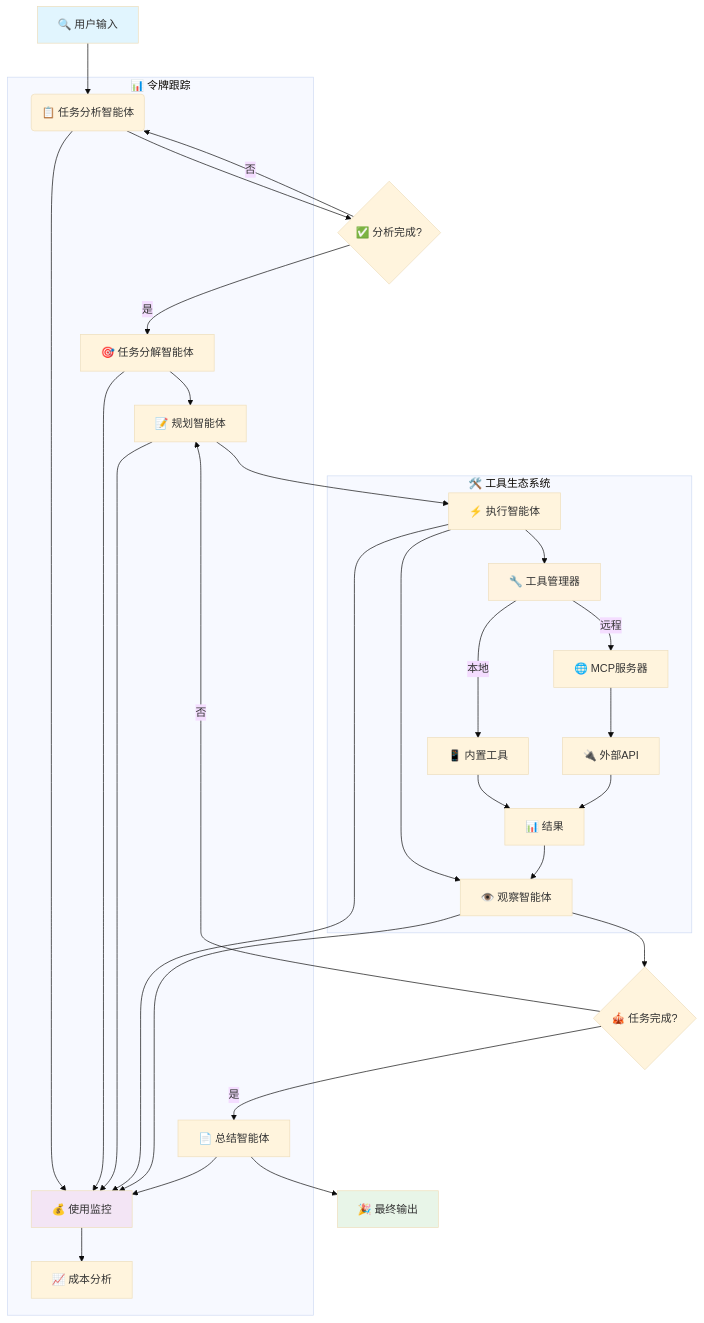
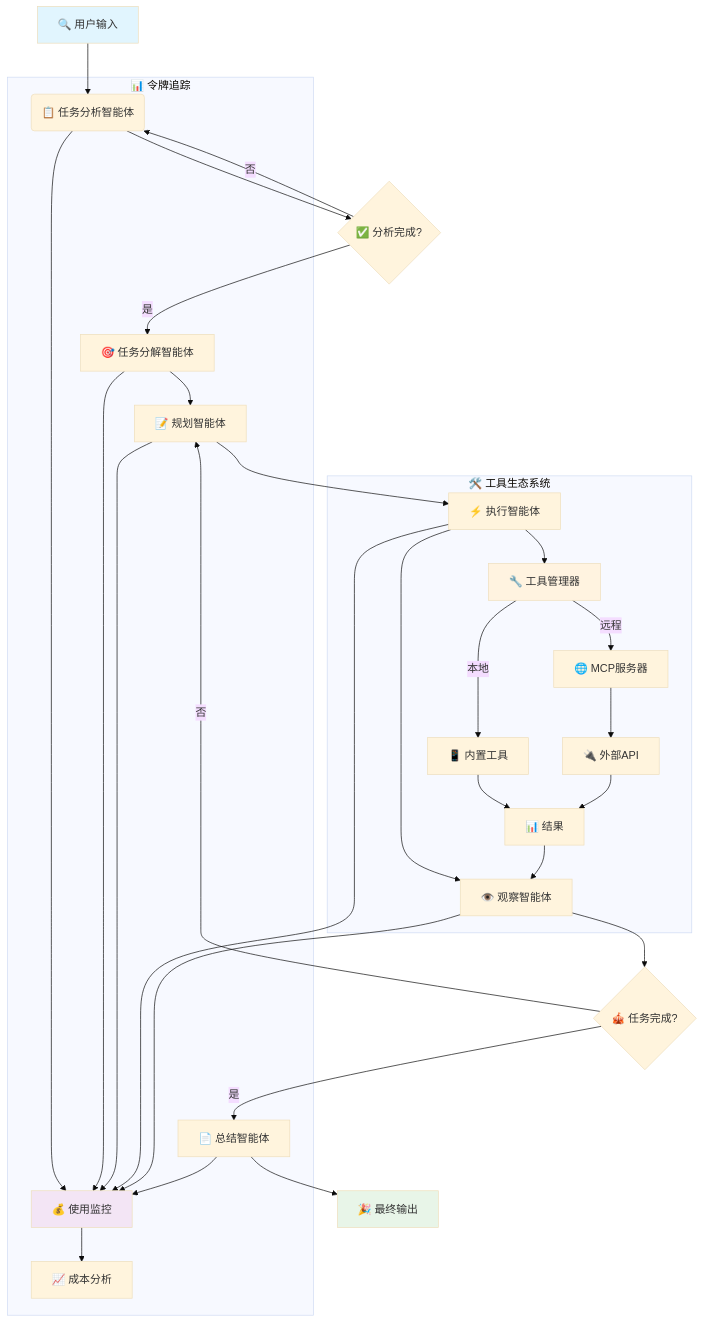
The diagram in README_CN.md (ZHangZHengEric/Sage), drawn with Mermaid (base theme) before and after one commit. The commit also changed other lines of this file and 1 other file, not shown here.

````diff
--- a/README_CN.md
+++ b/README_CN.md
@@ -52,39 +120,39 @@
 ```mermaid
 graph TD
     A[🔍 用户输入] --> B(📋 任务分析智能体)
     B --> C{✅ 分析完成?}
     C -->|是| D[🎯 任务分解智能体]
     C -->|否| B
     D --> E[📝 规划智能体]
     E --> F[⚡ 执行智能体]
     F --> G[👁️ 观察智能体]
     G --> H{🎪 任务完成?}
     H -->|是| I[📄 总结智能体]
     H -->|否| E
     I --> J[🎉 最终输出]
     
     subgraph "🛠️ 工具生态系统"
         F --> K[🔧 工具管理器]
         K -->|本地| L[📱 内置工具]
         K -->|远程| M[🌐 MCP服务器]
         M --> N[🔌 外部API]
         L --> O[📊 结果]
         N --> O
         O --> G
     end
     
-    subgraph "📊 令牌跟踪"
+    subgraph "📊 令牌追踪"
         B --> P[💰 使用监控]
         D --> P
         E --> P
         F --> P
         G --> P
         I --> P
         P --> Q[📈 成本分析]
     end
     
     style A fill:#e1f5fe
     style J fill:#e8f5e8
     style K fill:#fff3e0
     style P fill:#f3e5f5
 ```
````
